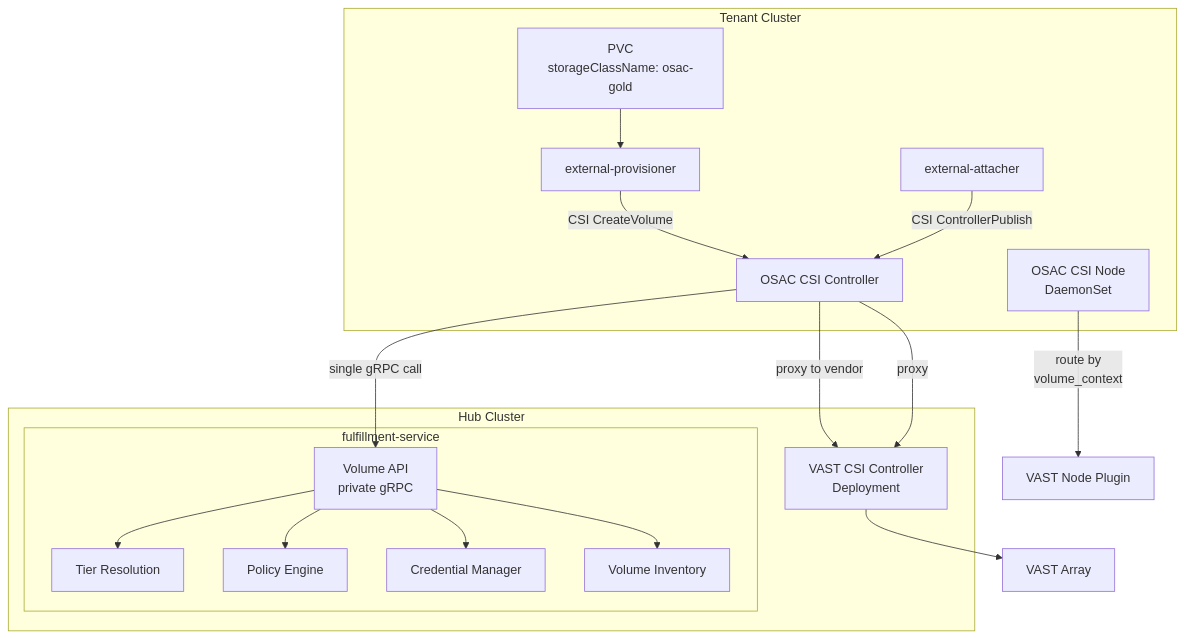
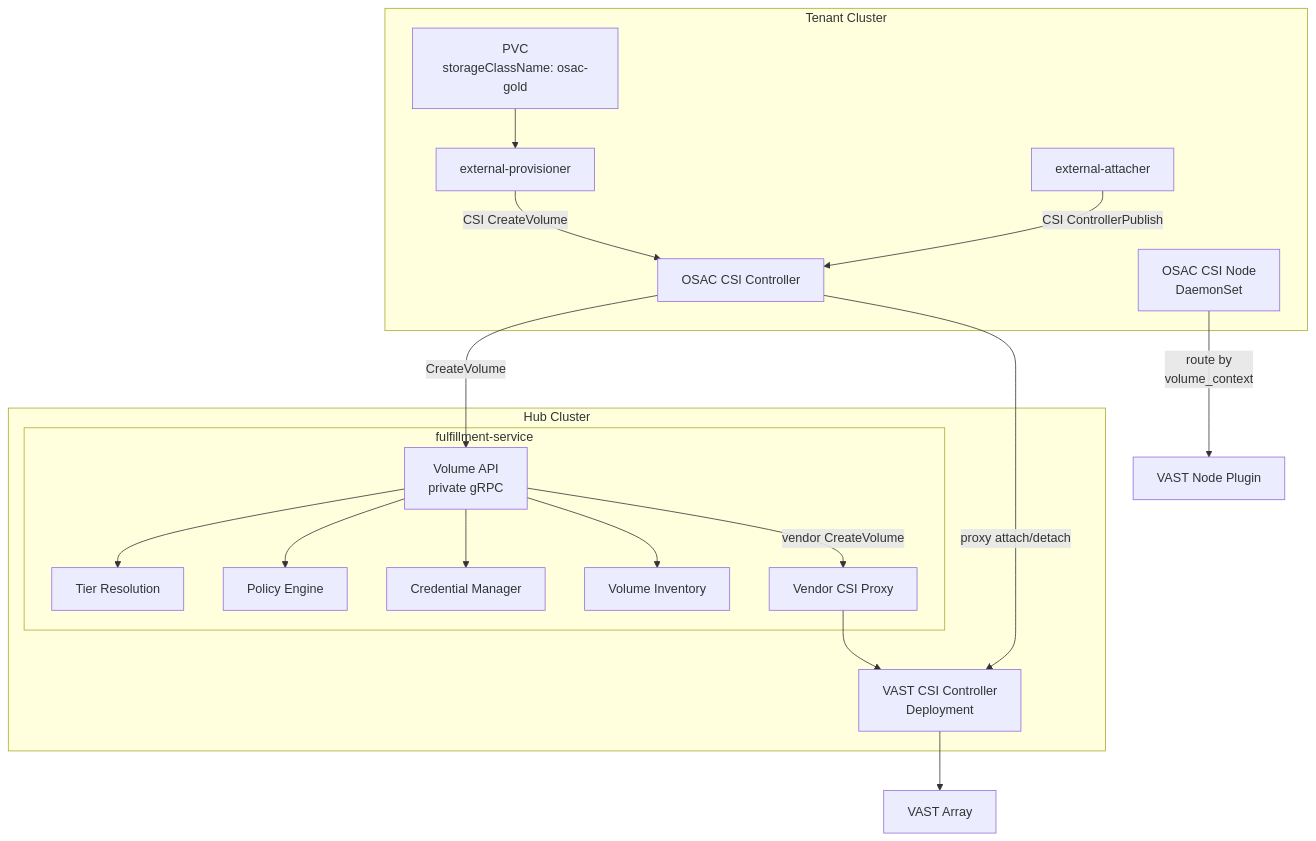
Before and after one commit to osac-project/enhancement-proposals: the first of 2 diagrams in enhancements/OSAC-2872-storage-control-plane/design.md, drawn with Mermaid. The commit also changed other lines of this file, not shown here.

First line of the commit message:
OSAC-2872: adopt server-side vendor proxy model per review

````diff
--- a/enhancements/OSAC-2872-storage-control-plane/design.md
+++ b/enhancements/OSAC-2872-storage-control-plane/design.md
@@ -63,36 +63,38 @@
 ```mermaid
 graph TB
     subgraph tenant["Tenant Cluster"]
         pvc["PVC<br/>storageClassName: osac-gold"]
         ep["external-provisioner"]
         ea["external-attacher"]
         ctrl["OSAC CSI Controller"]
         node["OSAC CSI Node<br/>DaemonSet"]
     end
 
     subgraph hub["Hub Cluster"]
         subgraph fs["fulfillment-service"]
             volapi["Volume API<br/>private gRPC"]
             tier["Tier Resolution"]
             policy["Policy Engine"]
             creds["Credential Manager"]
             inv["Volume Inventory"]
+            vendorproxy["Vendor CSI Proxy"]
         end
         vast["VAST CSI Controller<br/>Deployment"]
     end
 
     pvc --> ep
     ep -->|"CSI CreateVolume"| ctrl
-    ctrl -->|"single gRPC call"| volapi
+    ctrl -->|"CreateVolume"| volapi
     volapi --> tier
     volapi --> policy
     volapi --> creds
     volapi --> inv
-    ctrl -->|"proxy to vendor"| vast
+    volapi -->|"vendor CreateVolume"| vendorproxy
+    vendorproxy --> vast
     vast --> array["VAST Array"]
 
     ea -->|"CSI ControllerPublish"| ctrl
-    ctrl -->|"proxy"| vast
+    ctrl -->|"proxy attach/detach"| vast
 
     node -->|"route by<br/>volume_context"| vendornode["VAST Node Plugin"]
 ```
````
